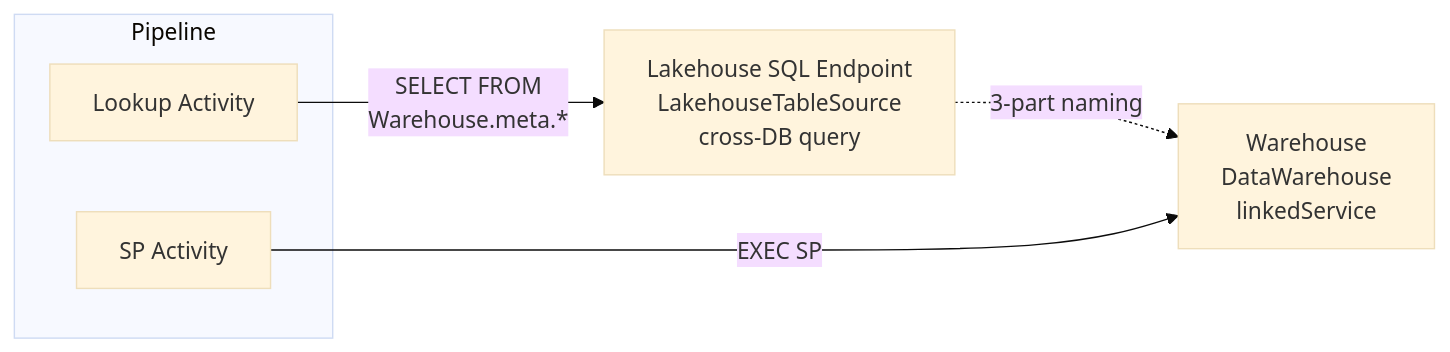
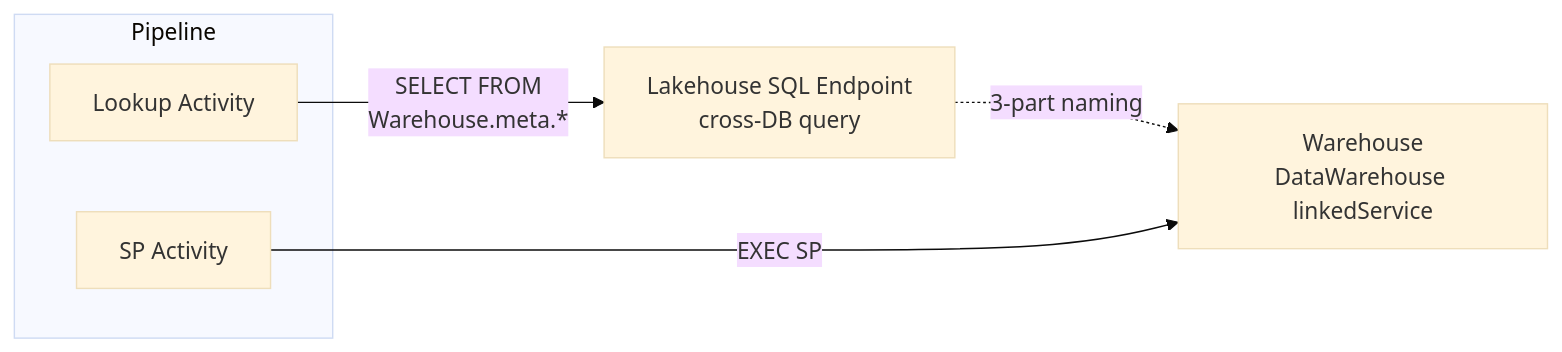
The sixth of 9 diagrams in README.md (ankinguyen-engineer-2002/Fabric-v9-Warehouse-Medallion), drawn with Mermaid (base theme) before and after one commit. The commit also changed other lines of this file and 9 other files, not shown here.

````diff
--- a/README.md
+++ b/README.md
@@ -179,14 +196,12 @@
 ```mermaid
 flowchart LR
     subgraph Pipeline
         LK["Lookup Activity"]
         SP["SP Activity"]
     end
-
-    LH["Lakehouse SQL Endpoint\nLakehouseTableSource\ncross-DB query"]
-    WH["Warehouse\nDataWarehouse\nlinkedService"]
-
+    LH["Lakehouse SQL Endpoint\ncross-DB query"]
+    WH["Warehouse\nDataWarehouse linkedService"]
     LK -->|"SELECT FROM\nWarehouse.meta.*"| LH
     LH -.->|"3-part naming"| WH
     SP -->|"EXEC SP"| WH
 ```
````
